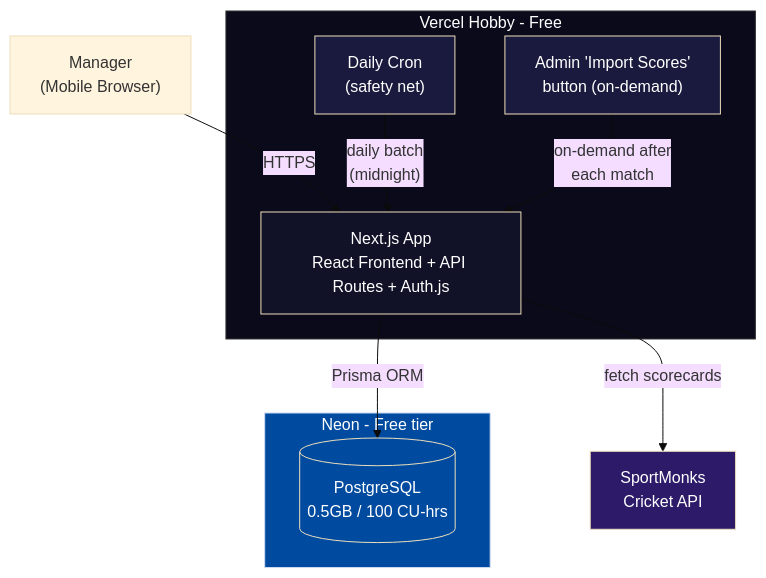
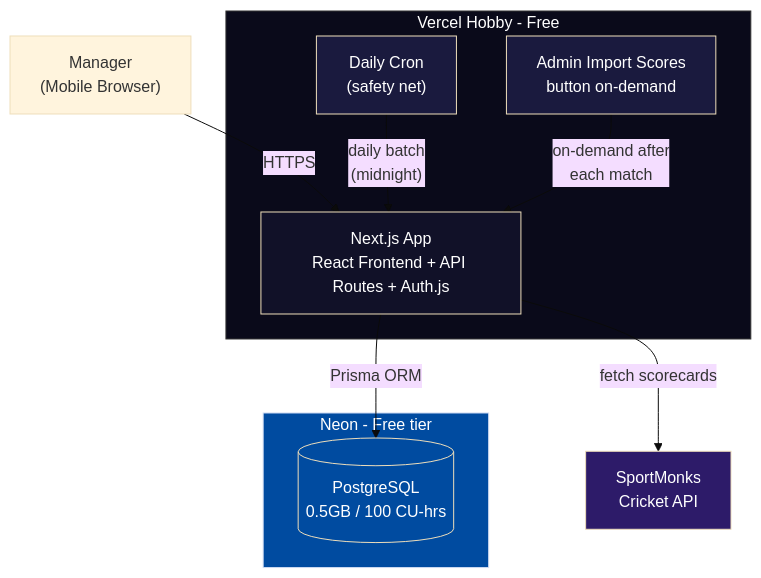
One commit to Fantasy-Auction-League/fal changed the first of 2 diagrams in docs/superpowers/specs/2026-03-15-fal-technical-architecture.md. Above: the diagram before and after it, drawn with Mermaid (base theme). The commit also changed other lines of this file, not shown here.

First line of the commit message:
Fix Mermaid syntax for GitHub rendering

````diff
--- a/docs/superpowers/specs/2026-03-15-fal-technical-architecture.md
+++ b/docs/superpowers/specs/2026-03-15-fal-technical-architecture.md
@@ -31,30 +31,30 @@
 ```mermaid
 graph TB
     User["Manager<br/>(Mobile Browser)"]
 
     subgraph Vercel["Vercel Hobby - Free"]
         App["Next.js App<br/>React Frontend + API Routes + Auth.js"]
         Cron["Daily Cron<br/>(safety net)"]
-        AdminBtn["Admin 'Import Scores'<br/>button (on-demand)"]
+        AdminBtn["Admin Import Scores<br/>button on-demand"]
     end
 
     subgraph NeonDB["Neon - Free tier"]
         DB[("PostgreSQL<br/>0.5GB / 100 CU-hrs")]
     end
 
     SportMonks["SportMonks<br/>Cricket API"]
 
     User -->|"HTTPS"| App
     App -->|"Prisma ORM"| DB
     Cron -->|"daily batch<br/>(midnight)"| App
     AdminBtn -->|"on-demand after<br/>each match"| App
     App -->|"fetch scorecards"| SportMonks
 
     style Vercel fill:#0a0a1a,color:#fff,stroke:#333
     style NeonDB fill:#004BA0,color:#fff
     style App fill:#111128,color:#fff
     style DB fill:#004BA0,color:#fff
     style SportMonks fill:#2d1b69,color:#fff
     style Cron fill:#1a1a3e,color:#fff
     style AdminBtn fill:#1a1a3e,color:#fff
 ```
````
